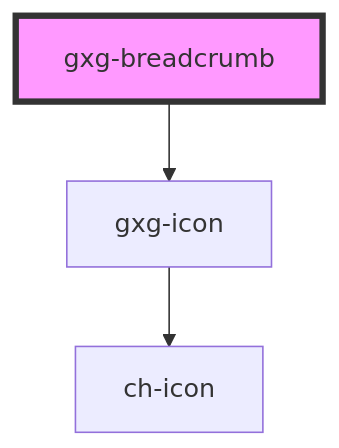
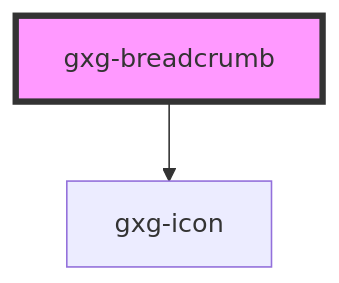
Before and after one commit to genexuslabs/gemini: the diagram in src/components/breadcrumb/readme.md, drawn with Mermaid. The commit also changed 32 other files, not shown here.

````diff
--- a/src/components/breadcrumb/readme.md
+++ b/src/components/breadcrumb/readme.md
@@ -25,6 +25,5 @@
 ```mermaid
 graph TD;
   gxg-breadcrumb --> gxg-icon
-  gxg-icon --> ch-icon
   style gxg-breadcrumb fill:#f9f,stroke:#333,stroke-width:4px
 ```
````
